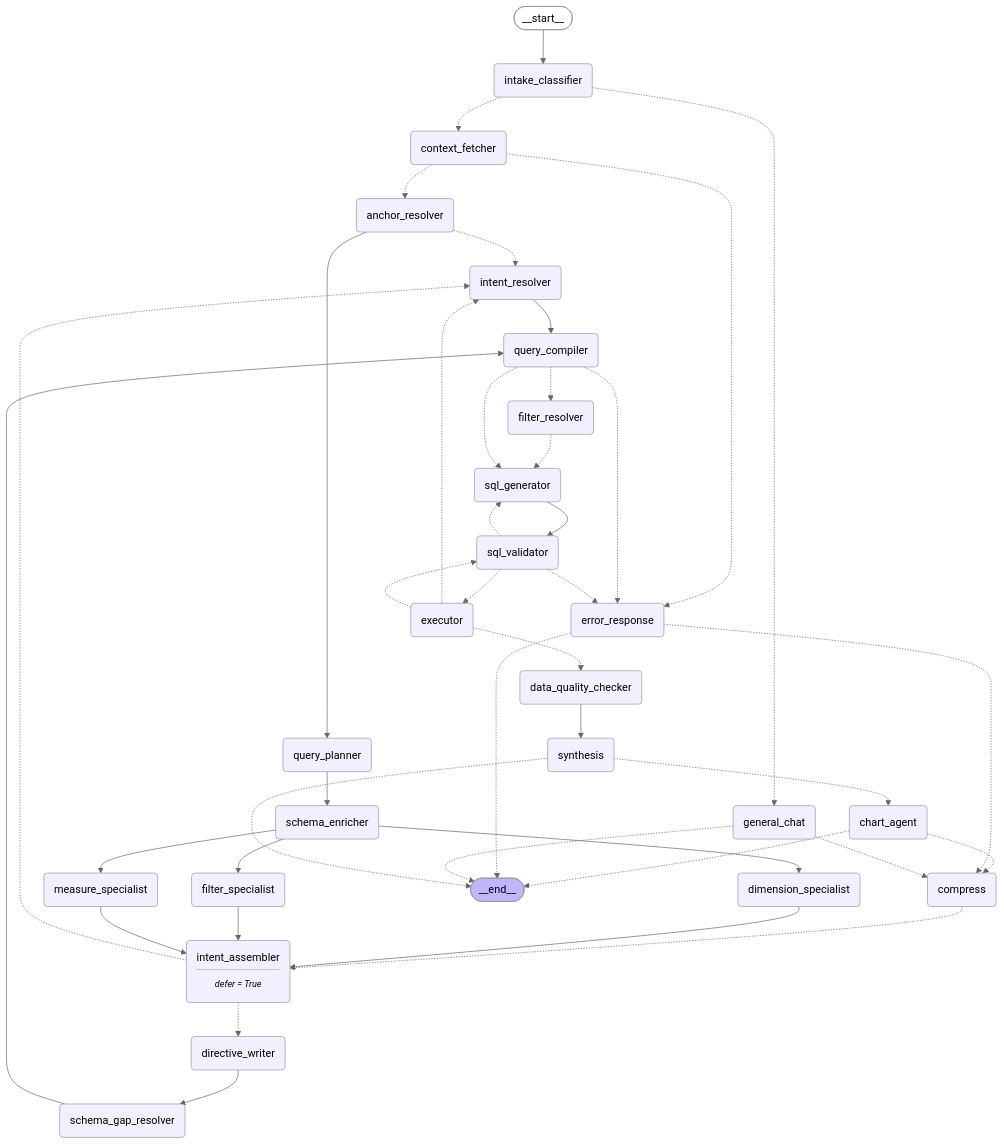
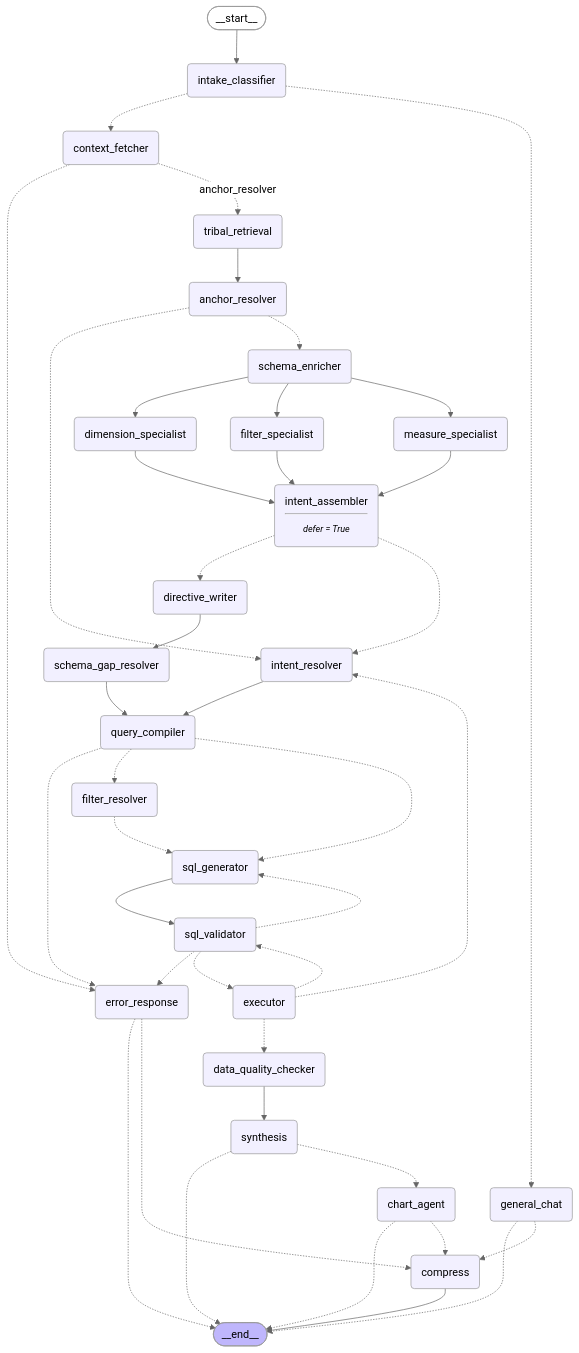
Before and after one commit to mayankdas2005/MTI-Brain: the diagram in assets/analytics_graph.mmd, drawn with Mermaid (neutral theme). The commit also changed 41 other files, not shown here.

```diff
--- a/assets/analytics_graph.mmd
+++ b/assets/analytics_graph.mmd
@@ -1,69 +1,69 @@
 graph TD;
 	__start__([<p>__start__</p>]):::first
 	intake_classifier(intake_classifier)
 	general_chat(general_chat)
 	context_fetcher(context_fetcher)
+	tribal_retrieval(tribal_retrieval)
 	anchor_resolver(anchor_resolver)
-	query_planner(query_planner)
 	schema_enricher(schema_enricher)
 	measure_specialist(measure_specialist)
 	filter_specialist(filter_specialist)
 	dimension_specialist(dimension_specialist)
 	intent_assembler(intent_assembler<hr/><small><em>defer = True</em></small>)
 	directive_writer(directive_writer)
 	schema_gap_resolver(schema_gap_resolver)
 	intent_resolver(intent_resolver)
 	query_compiler(query_compiler)
 	filter_resolver(filter_resolver)
 	sql_generator(sql_generator)
 	sql_validator(sql_validator)
 	executor(executor)
 	data_quality_checker(data_quality_checker)
 	synthesis(synthesis)
 	chart_agent(chart_agent)
 	error_response(error_response)
 	compress(compress)
 	__end__([<p>__end__</p>]):::last
 	__start__ --> intake_classifier;
 	anchor_resolver -.-> intent_resolver;
-	anchor_resolver --> query_planner;
+	anchor_resolver -.-> schema_enricher;
 	chart_agent -.-> __end__;
 	chart_agent -.-> compress;
-	compress -.-> intent_assembler;
-	context_fetcher -.-> anchor_resolver;
+	compress --> __end__;
 	context_fetcher -.-> error_response;
+	context_fetcher -. &nbsp;anchor_resolver&nbsp; .-> tribal_retrieval;
 	data_quality_checker --> synthesis;
 	dimension_specialist --> intent_assembler;
 	directive_writer --> schema_gap_resolver;
 	error_response -.-> __end__;
 	error_response -.-> compress;
 	executor -.-> data_quality_checker;
 	executor -.-> intent_resolver;
 	executor -.-> sql_validator;
 	filter_resolver -.-> sql_generator;
 	filter_specialist --> intent_assembler;
 	general_chat -.-> __end__;
 	general_chat -.-> compress;
 	intake_classifier -.-> context_fetcher;
 	intake_classifier -.-> general_chat;
 	intent_assembler -.-> directive_writer;
 	intent_assembler -.-> intent_resolver;
 	intent_resolver --> query_compiler;
 	measure_specialist --> intent_assembler;
 	query_compiler -.-> error_response;
 	query_compiler -.-> filter_resolver;
 	query_compiler -.-> sql_generator;
-	query_planner --> schema_enricher;
 	schema_enricher --> dimension_specialist;
 	schema_enricher --> filter_specialist;
 	schema_enricher --> measure_specialist;
 	schema_gap_resolver --> query_compiler;
 	sql_generator --> sql_validator;
 	sql_validator -.-> error_response;
 	sql_validator -.-> executor;
 	sql_validator -.-> sql_generator;
 	synthesis -.-> __end__;
 	synthesis -.-> chart_agent;
+	tribal_retrieval --> anchor_resolver;
 	classDef default fill:#f2f0ff,line-height:1.2
 	classDef first fill-opacity:0
 	classDef last fill:#bfb6fc
```
